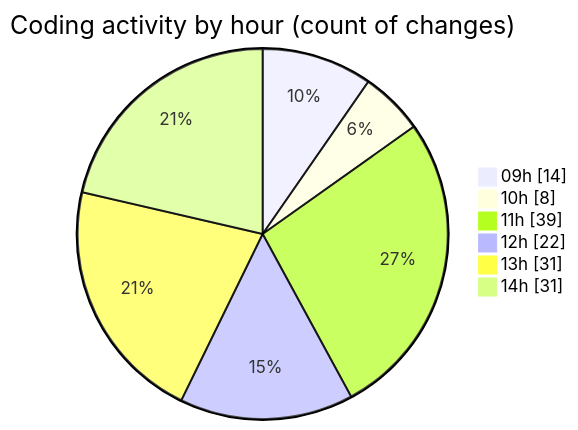
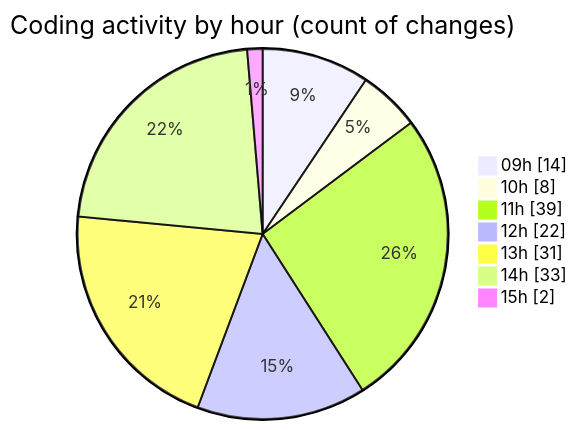
Before and after one commit to momahboobian/code-tracking: the second of 2 diagrams in 2025-02-07/cda/README.md, drawn with Mermaid. The commit also changed other lines of this file and 1 other file, not shown here.

````diff
--- a/2025-02-07/cda/README.md
+++ b/2025-02-07/cda/README.md
@@ -66,10 +66,11 @@
 ```mermaid
 pie showData
 title Coding activity by hour (count of changes)
 "09h" : 14
 "10h" : 8
 "11h" : 39
 "12h" : 22
 "13h" : 31
-"14h" : 31
+"14h" : 33
+"15h" : 2
 ```
````
